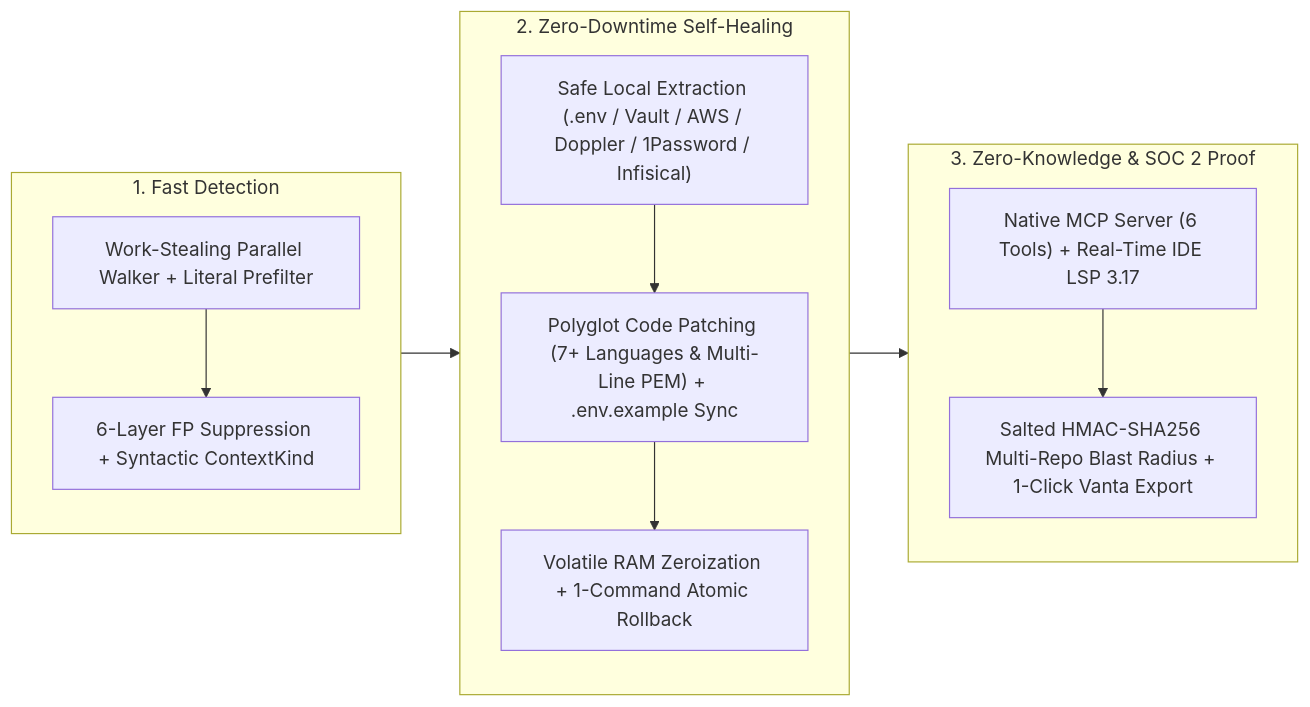
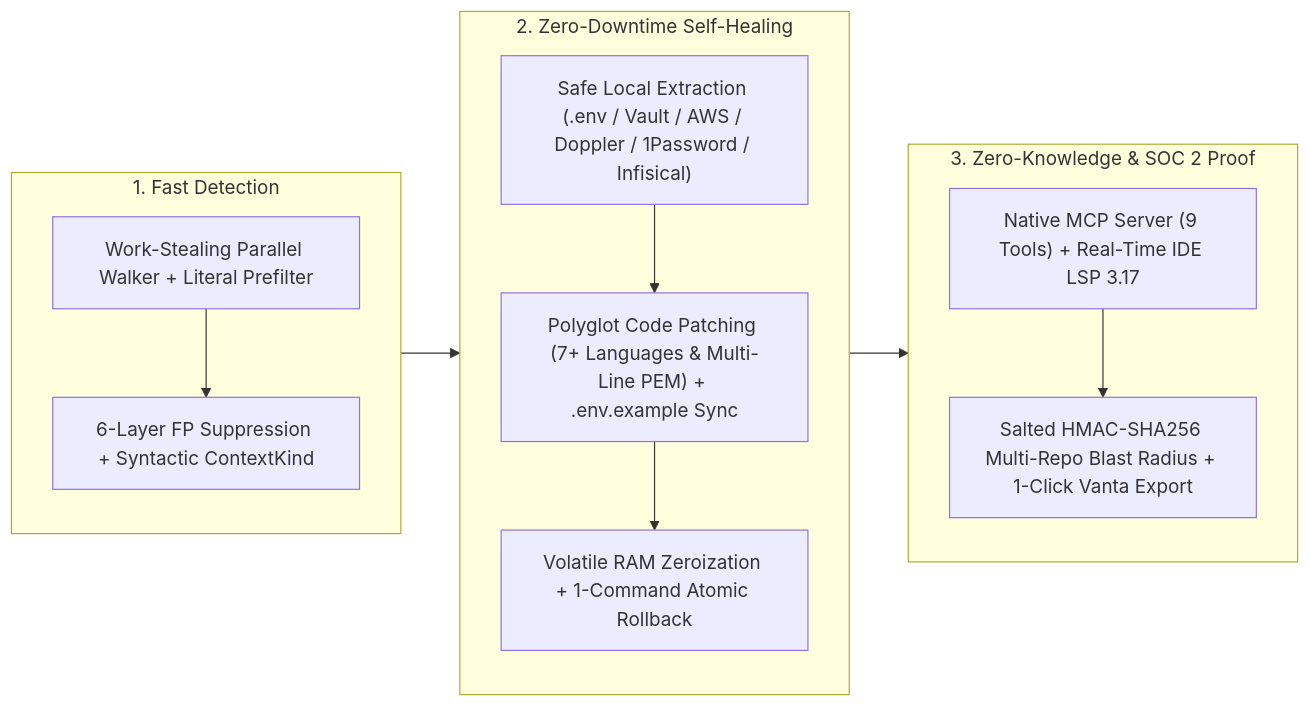
Before and after one commit to Bharath-code/sentris: the diagram in README.md, drawn with Mermaid. The commit also changed other lines of this file and 34 other files, not shown here.

````diff
--- a/README.md
+++ b/README.md
@@ -53,23 +53,23 @@
 ```mermaid
 flowchart LR
     subgraph Detect["1. Fast Detection"]
         A["Work-Stealing Parallel Walker + Literal Prefilter"]
         B["6-Layer FP Suppression + Syntactic ContextKind"]
         A --> B
     end
 
     subgraph Remediate["2. Zero-Downtime Self-Healing"]
         C["Safe Local Extraction (.env / Vault / AWS / Doppler / 1Password / Infisical)"]
         D["Polyglot Code Patching (7+ Languages & Multi-Line PEM) + .env.example Sync"]
         E["Volatile RAM Zeroization + 1-Command Atomic Rollback"]
         C --> D --> E
     end
 
     subgraph Govern["3. Zero-Knowledge & SOC 2 Proof"]
-        F["Native MCP Server (6 Tools) + Real-Time IDE LSP 3.17"]
+        F["Native MCP Server (9 Tools) + Real-Time IDE LSP 3.17"]
         G["Salted HMAC-SHA256 Multi-Repo Blast Radius + 1-Click Vanta Export"]
         F --> G
     end
 
     Detect --> Remediate --> Govern
 ```
````
